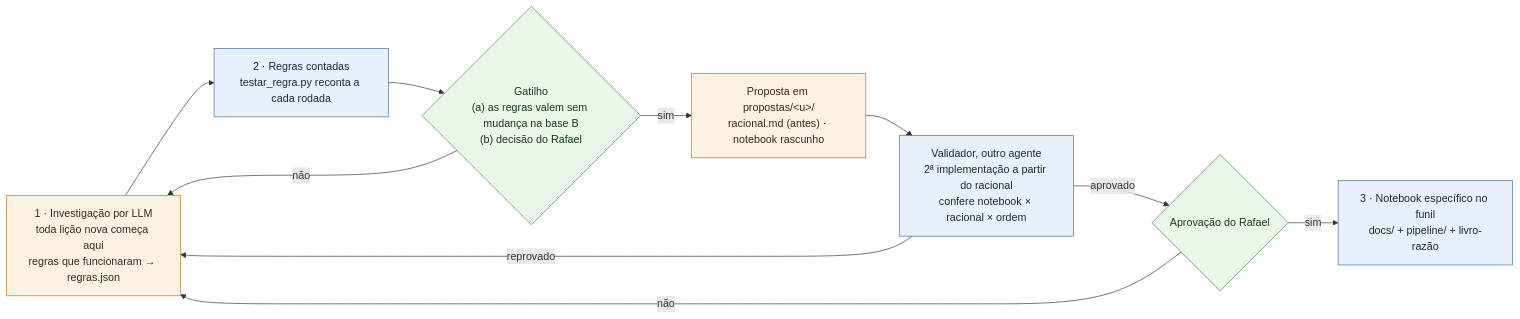
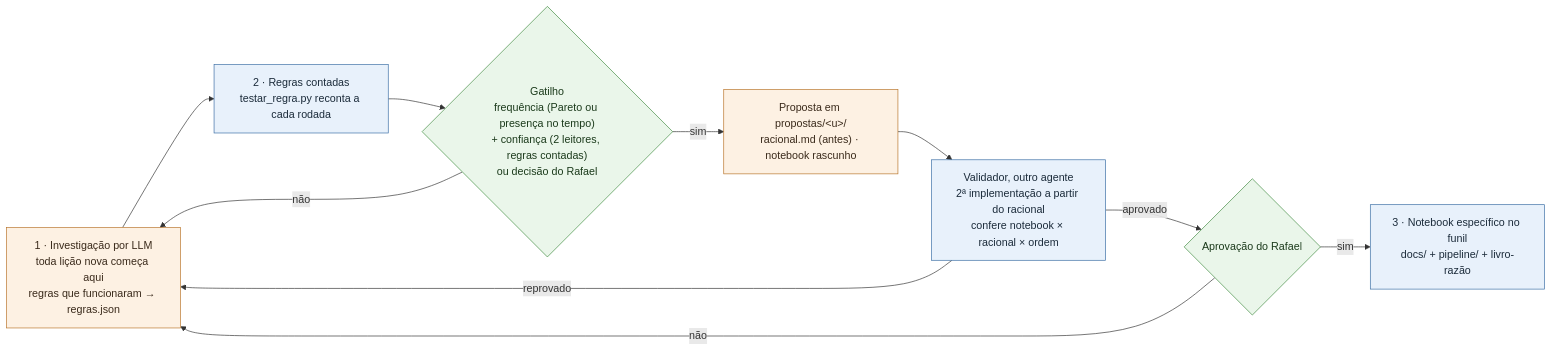
Before and after one commit to rc-ventura/memory_layer_ai_agents: the second of 2 diagrams in analysis/2026-09-trace-law-flow/docs/16-procedimento-mineracao-candidatas.md, drawn with Mermaid. The commit also changed other lines of this file and 10 other files, not shown here.

First line of the commit message:
kit-mineracao 0.5.2: regra de criação de notebook (frequência + confiança), painel das lições e o LLM depois do notebook

````diff
--- a/analysis/2026-09-trace-law-flow/docs/16-procedimento-mineracao-candidatas.md
+++ b/analysis/2026-09-trace-law-flow/docs/16-procedimento-mineracao-candidatas.md
@@ -53,20 +53,20 @@
 ```mermaid
 flowchart LR
     S1["1 · Investigação por LLM<br/>toda lição nova começa aqui<br/>regras que funcionaram → regras.json"]:::llm
     S2["2 · Regras contadas<br/>testar_regra.py reconta a cada rodada"]:::det
-    T{"Gatilho<br/>(a) as regras valem sem mudança na base B<br/>(b) decisão do Rafael"}:::dec
+    T{"Gatilho<br/>frequência (Pareto ou presença no tempo)<br/>+ confiança (2 leitores, regras contadas)<br/>ou decisão do Rafael"}:::dec
     P["Proposta em propostas/&lt;u&gt;/<br/>racional.md (antes) · notebook rascunho"]:::llm
     V["Validador, outro agente<br/>2ª implementação a partir do racional<br/>confere notebook × racional × ordem"]:::det
     A{"Aprovação do Rafael"}:::dec
     N["3 · Notebook específico no funil<br/>docs/ + pipeline/ + livro-razão"]:::det
     S1 --> S2 --> T
     T -- não --> S1
     T -- sim --> P --> V
     V -- reprovado --> S1
     V -- aprovado --> A
     A -- não --> S1
     A -- sim --> N
     classDef det fill:#e8f1fb,stroke:#3b6ea5,color:#1b2b3a
     classDef llm fill:#fdf1e3,stroke:#b8742a,color:#3a2a1b
     classDef dec fill:#eaf6ea,stroke:#3f8a3f,color:#1b3a1b
 ```
````
